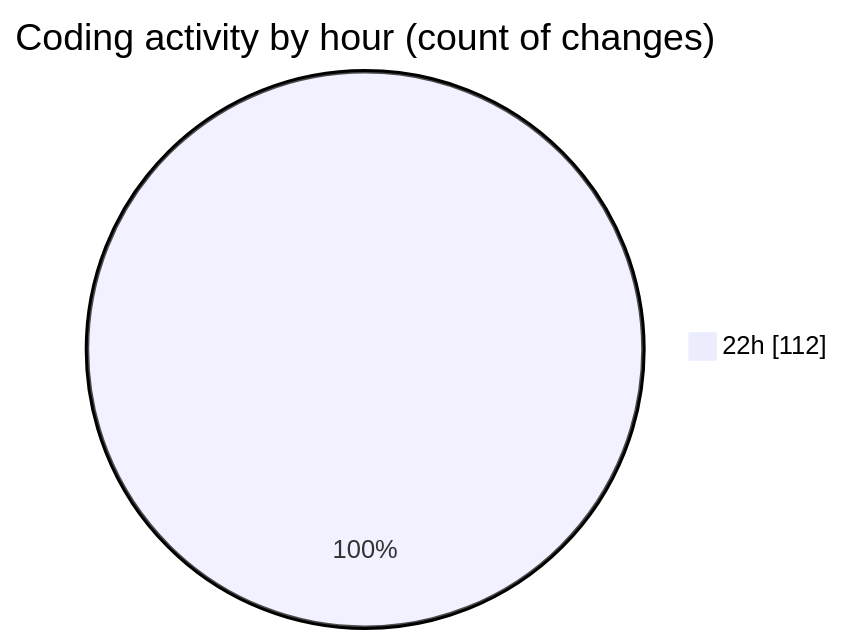
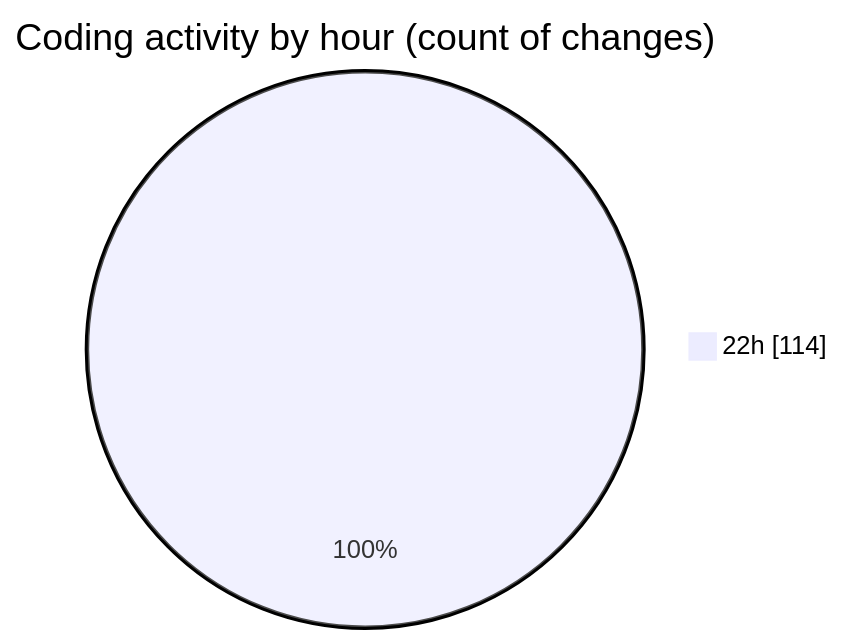
Before and after one commit to Ritupan-Deka/code-tracking: the second of 2 diagrams in 2025-08-09/javascript/README.md, drawn with Mermaid. The commit also changed other lines of this file and 1 other file, not shown here.

````diff
--- a/2025-08-09/javascript/README.md
+++ b/2025-08-09/javascript/README.md
@@ -28,5 +28,5 @@
 ```mermaid
 pie showData
 title Coding activity by hour (count of changes)
-"22h" : 112
+"22h" : 114
 ```
````
